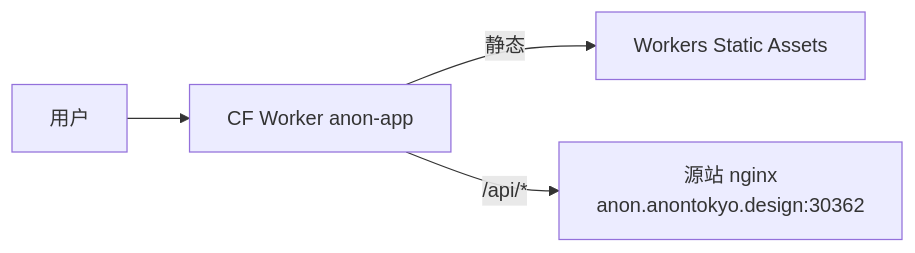
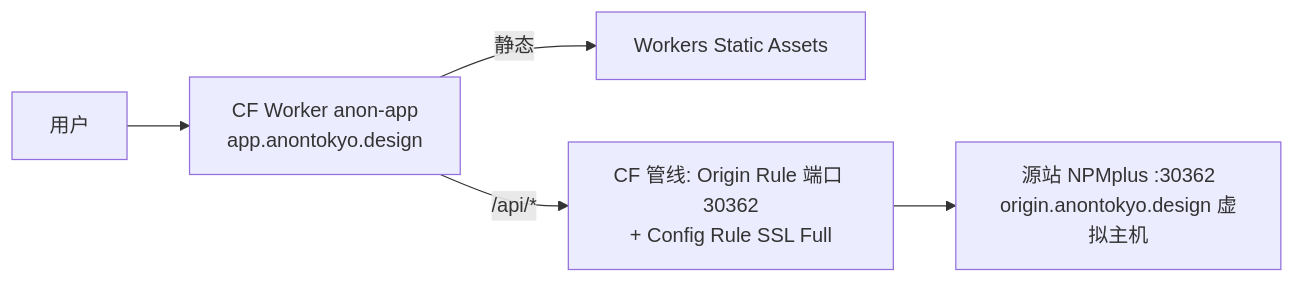
The diagram in docs/readme.md (ShiratsuyuClassYuudachi/ANON), drawn with Mermaid before and after one commit. The commit also changed other lines of this file and 1 other file, not shown here.

Commit message:
feat: Workers 绑 app.anontokyo.design + 同 zone 回源链(Origin Rule 端口改写/Config Rule SSL Full/CNAME 跟随 DDNS)

````diff
--- a/docs/readme.md
+++ b/docs/readme.md
@@ -127,6 +127,7 @@
 ```mermaid
 flowchart LR
-  U[用户] --> W[CF Worker anon-app]
+  U[用户] --> W[CF Worker anon-app<br/>app.anontokyo.design]
   W -->|静态| A[Workers Static Assets]
-  W -->|/api/*| O[源站 nginx<br/>anon.anontokyo.design:30362]
+  W -->|/api/*| P[CF 管线: Origin Rule 端口 30362<br/>+ Config Rule SSL Full]
+  P --> O[源站 NPMplus :30362<br/>origin.anontokyo.design 虚拟主机]
 ```
````
